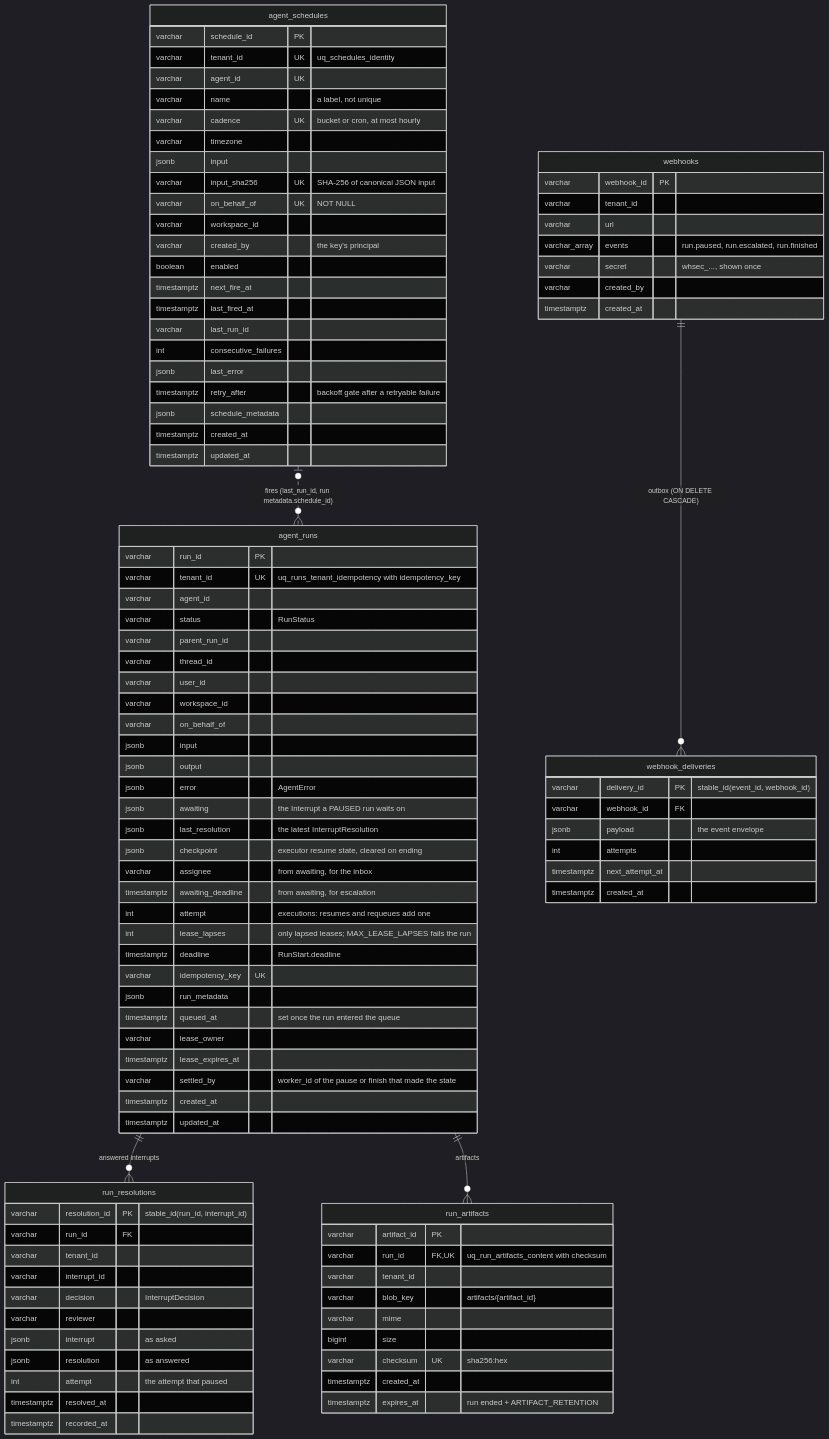
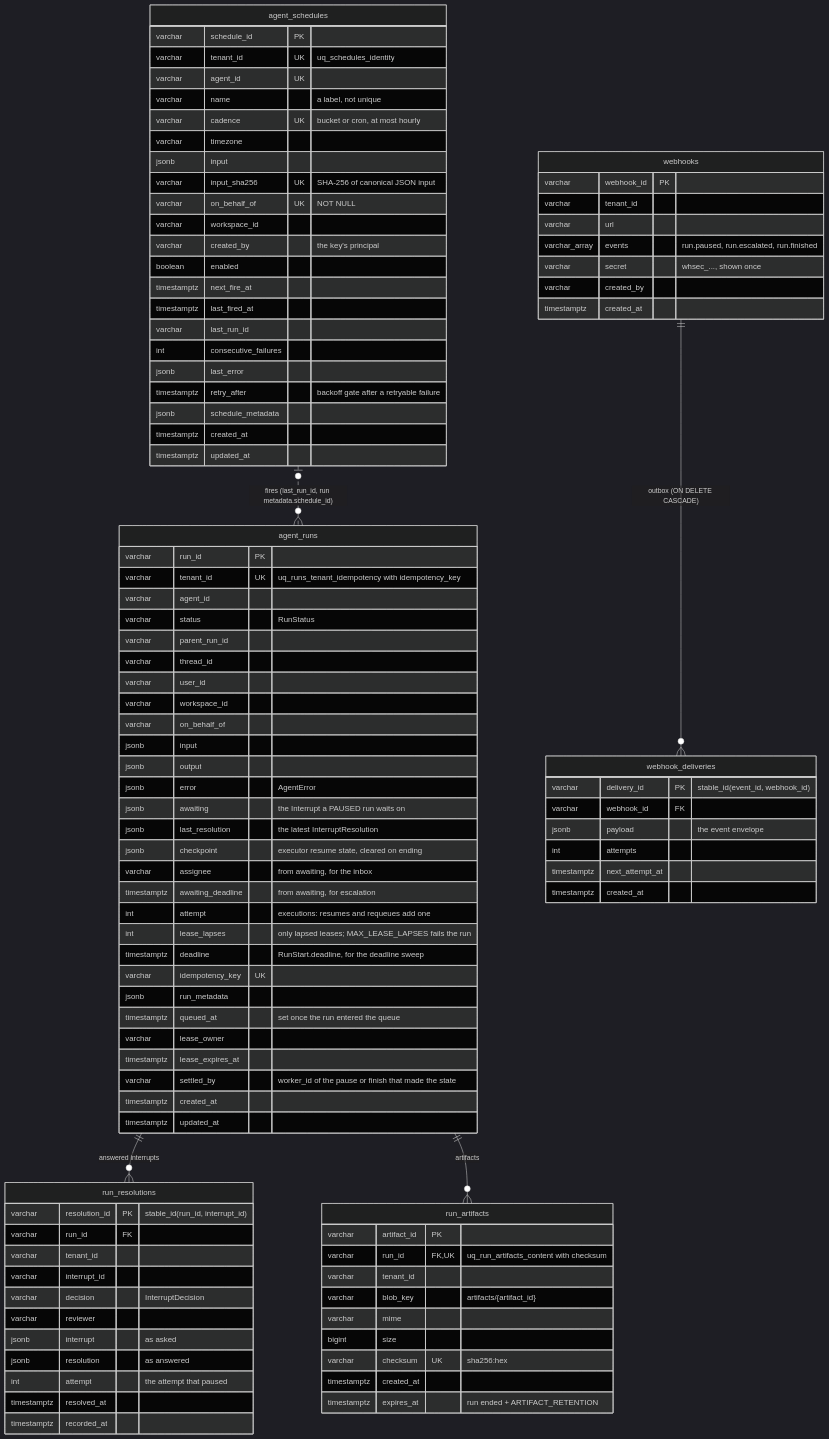
One commit to amitmohapatra/agent-runs changed the fifth of 5 diagrams in docs/ARCHITECTURE.md. Above: the diagram before and after it, drawn with Mermaid (dark theme). The commit also changed other lines of this file and 9 other files, not shown here.

First line of the commit message:
Enforce a run's own deadline: the ticker ends it TIMEOUT

```diff
--- a/docs/ARCHITECTURE.md
+++ b/docs/ARCHITECTURE.md
@@ -302,7 +302,7 @@
     timestamptz awaiting_deadline "from awaiting, for escalation"
     int attempt "executions: resumes and requeues add one"
     int lease_lapses "only lapsed leases; MAX_LEASE_LAPSES fails the run"
-    timestamptz deadline "RunStart.deadline"
+    timestamptz deadline "RunStart.deadline, for the deadline sweep"
     varchar idempotency_key UK
     jsonb run_metadata
     timestamptz queued_at "set once the run entered the queue"
```
